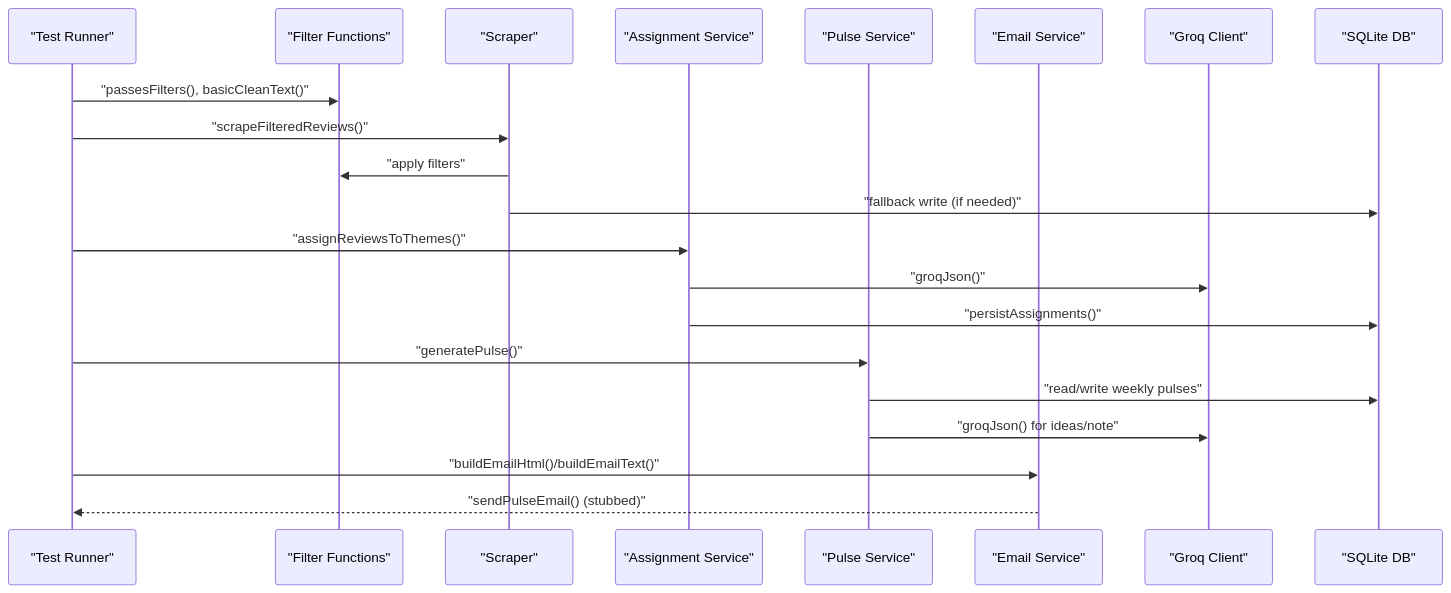
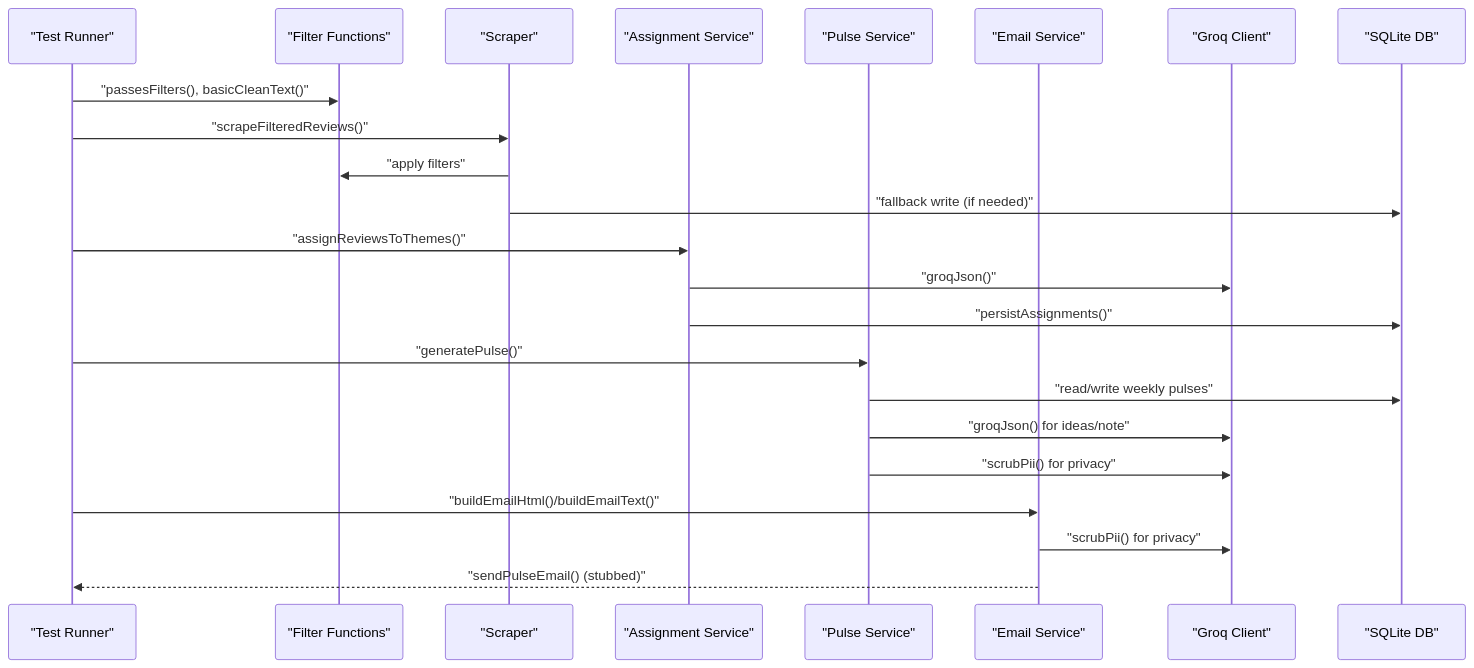
The second of 11 diagrams in .qoder/repowiki/en/content/Testing Strategy.md (aravinthraj-ramalingam/Groww-App-Review-Insights-Analyzer-), drawn with Mermaid before and after one commit. The commit also changed other lines of this file and 11 other files, not shown here.

````diff
--- a/.qoder/repowiki/en/content/Testing Strategy.md
+++ b/.qoder/repowiki/en/content/Testing Strategy.md
@@ -141,23 +166,25 @@
 ```mermaid
 sequenceDiagram
 participant T as "Test Runner"
 participant F as "Filter Functions"
 participant S as "Scraper"
 participant A as "Assignment Service"
 participant P as "Pulse Service"
 participant E as "Email Service"
 participant G as "Groq Client"
 participant DB as "SQLite DB"
 T->>F : "passesFilters(), basicCleanText()"
 T->>S : "scrapeFilteredReviews()"
 S->>F : "apply filters"
 S->>DB : "fallback write (if needed)"
 T->>A : "assignReviewsToThemes()"
 A->>G : "groqJson()"
 A->>DB : "persistAssignments()"
 T->>P : "generatePulse()"
 P->>DB : "read/write weekly pulses"
 P->>G : "groqJson() for ideas/note"
+P->>G : "scrubPii() for privacy"
 T->>E : "buildEmailHtml()/buildEmailText()"
+E->>G : "scrubPii() for privacy"
 E-->>T : "sendPulseEmail() (stubbed)"
 ```
````
